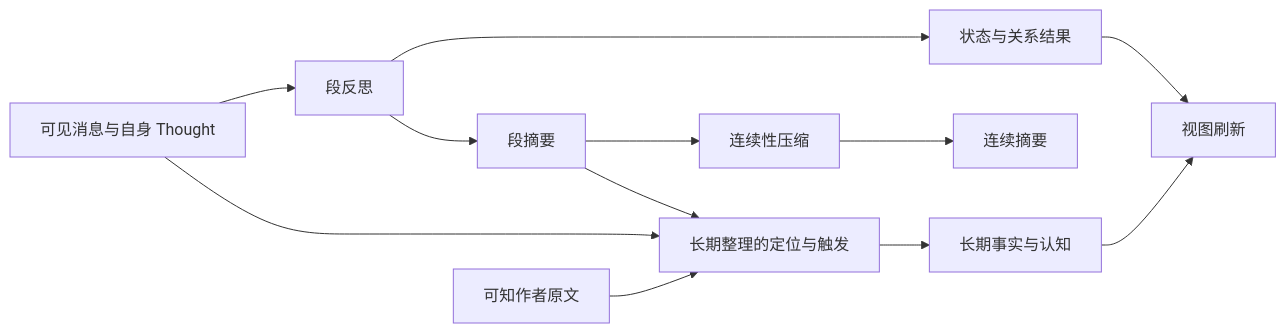
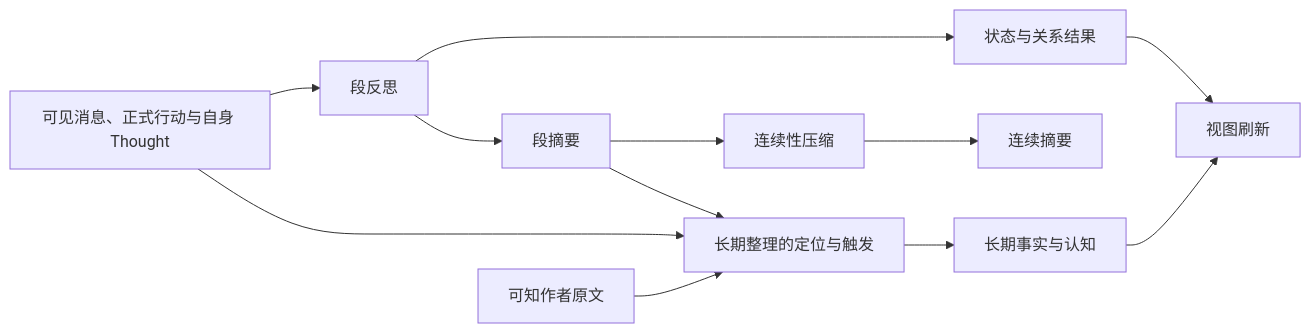
The diagram in server/docs/design/reflection/README.md (Weilan0811/echo-commons), drawn with Mermaid before and after one commit. The commit also changed other lines of this file and 25 other files, not shown here.

````diff
--- a/server/docs/design/reflection/README.md
+++ b/server/docs/design/reflection/README.md
@@ -12,14 +12,14 @@
 ```mermaid
 flowchart LR
-    R[可见消息与自身 Thought] --> S[段反思]
+    R[可见消息、正式行动与自身 Thought] --> S[段反思]
     S --> SS[段摘要]
     S --> ST[状态与关系结果]
     SS --> C[连续性压缩]
     C --> D[连续摘要]
     SS --> O[长期整理的定位与触发]
     R --> O
     A[可知作者原文] --> O
     O --> F[长期事实与认知]
     ST --> V[视图刷新]
     F --> V
 ```
````
